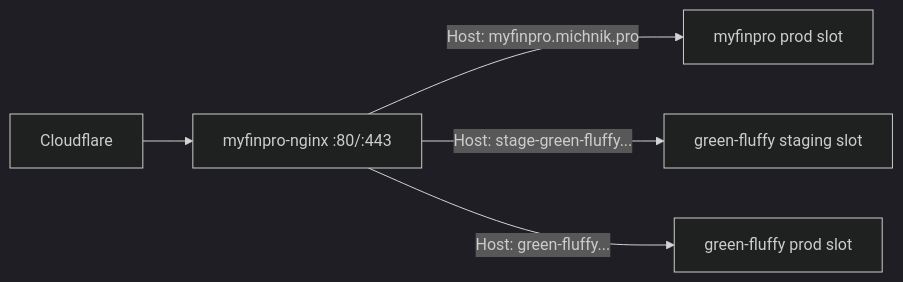
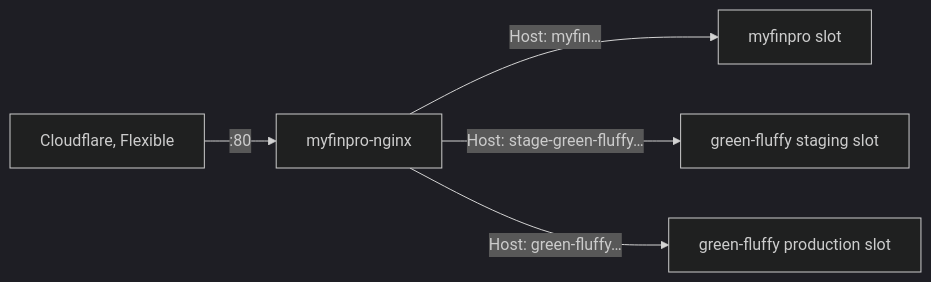
Before and after one commit to Aleksei-Michnik/green-fluffy: the diagram in docs/phase-0-design.md, drawn with Mermaid (dark theme). The commit also changed other lines of this file and 11 other files, not shown here.

````diff
--- a/docs/phase-0-design.md
+++ b/docs/phase-0-design.md
@@ -224,7 +229,7 @@
 ```mermaid
 flowchart LR
-  cf[Cloudflare] --> ng[myfinpro-nginx :80/:443]
-  ng -->|Host: myfinpro.michnik.pro| mfp[myfinpro prod slot]
-  ng -->|Host: stage-green-fluffy...| gfs[green-fluffy staging slot]
-  ng -->|Host: green-fluffy...| gfp[green-fluffy prod slot]
+  cf[Cloudflare, Flexible] -->|:80| ng[myfinpro-nginx]
+  ng -->|Host: myfin…| mfp[myfinpro slot]
+  ng -->|Host: stage-green-fluffy…| gfs[green-fluffy staging slot]
+  ng -->|Host: green-fluffy…| gfp[green-fluffy production slot]
 ```
````
